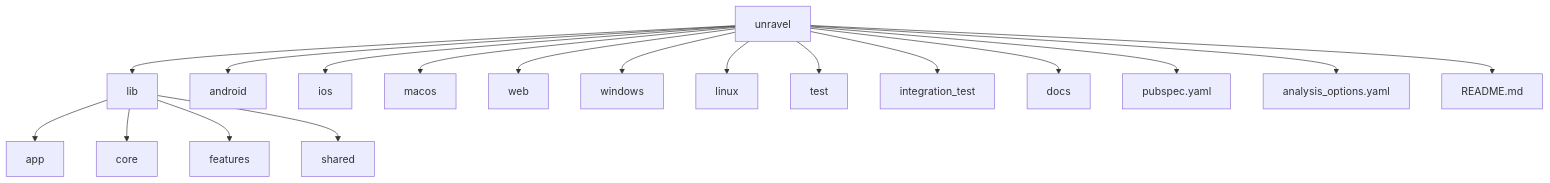
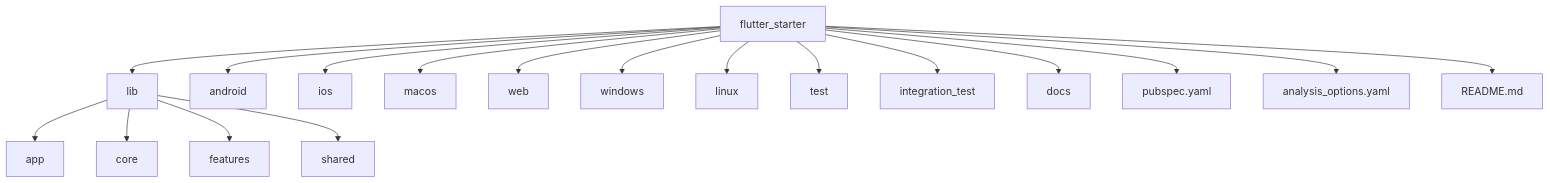
The first of 2 diagrams in docs/project-structure.zh-CN.md (nemo-crypto/flutter-app), drawn with Mermaid before and after one commit. The commit also changed other lines of this file and 53 other files, not shown here.

First line of the commit message:
Build a reusable Flutter starter for Android and iOS (#2)

````diff
--- a/docs/project-structure.zh-CN.md
+++ b/docs/project-structure.zh-CN.md
@@ -36,20 +36,20 @@
 ```mermaid
 flowchart TD
-    A[unravel] --> B[lib]
+    A[flutter_starter] --> B[lib]
     B --> B1[app]
     B --> B2[core]
     B --> B3[features]
     B --> B4[shared]
     A --> C[android]
     A --> D[ios]
     A --> E[macos]
     A --> F[web]
     A --> G[windows]
     A --> H[linux]
     A --> I[test]
     A --> I2[integration_test]
     A --> J[docs]
     A --> K[pubspec.yaml]
     A --> L[analysis_options.yaml]
     A --> M[README.md]
 ```
````
